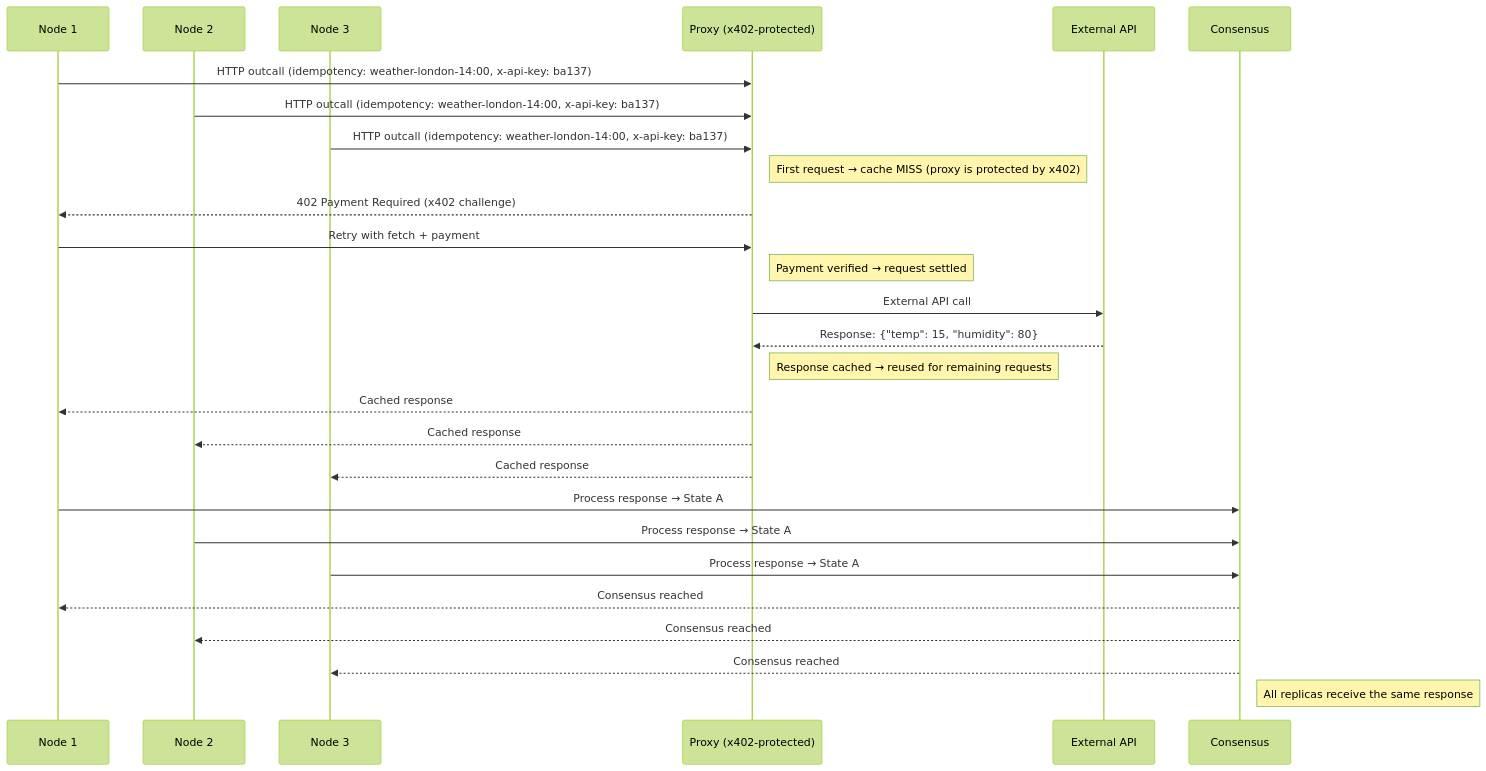
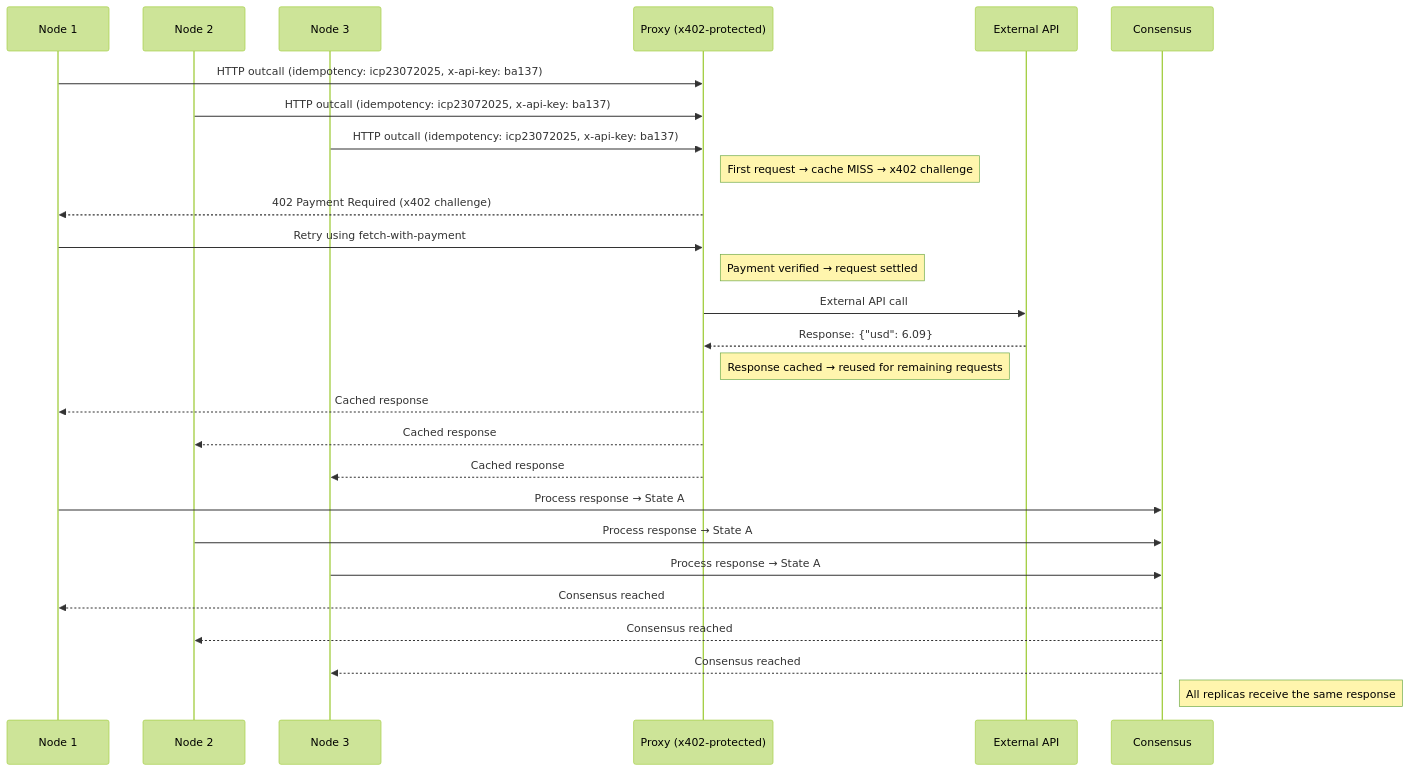
The diagram in README.md (Demali-876/consensus), drawn with Mermaid (forest theme) before and after one commit. The commit also changed other lines of this file, not shown here.

````diff
--- a/README.md
+++ b/README.md
@@ -67,39 +73,39 @@
 ```mermaid
 sequenceDiagram
     participant R1 as Node 1
     participant R2 as Node 2
     participant R3 as Node 3
     participant P as Proxy (x402-protected)
     participant API as External API
     participant C as Consensus
 
-    R1->>P: HTTP outcall (idempotency: weather-london-14:00, x-api-key: ba137)
-    R2->>P: HTTP outcall (idempotency: weather-london-14:00, x-api-key: ba137)
-    R3->>P: HTTP outcall (idempotency: weather-london-14:00, x-api-key: ba137)
+    R1->>P: HTTP outcall (idempotency: icp23072025, x-api-key: ba137)
+    R2->>P: HTTP outcall (idempotency: icp23072025, x-api-key: ba137)
+    R3->>P: HTTP outcall (idempotency: icp23072025, x-api-key: ba137)
 
-    Note right of P: First request → cache MISS (proxy is protected by x402)
+    Note right of P: First request → cache MISS → x402 challenge
 
     P-->>R1: 402 Payment Required (x402 challenge)
-    R1->>P: Retry with fetch + payment
+    R1->>P: Retry using fetch-with-payment
 
     Note right of P: Payment verified → request settled
 
     P->>API: External API call
-    API-->>P: Response: {"temp": 15, "humidity": 80}
+    API-->>P: Response: {"usd": 6.09}
 
     Note right of P: Response cached → reused for remaining requests
 
     P-->>R1: Cached response
     P-->>R2: Cached response
     P-->>R3: Cached response
 
     R1->>C: Process response → State A
     R2->>C: Process response → State A
     R3->>C: Process response → State A
 
     C-->>R1: Consensus reached
     C-->>R2: Consensus reached
     C-->>R3: Consensus reached
 
     Note right of C: All replicas receive the same response
 ```
````
